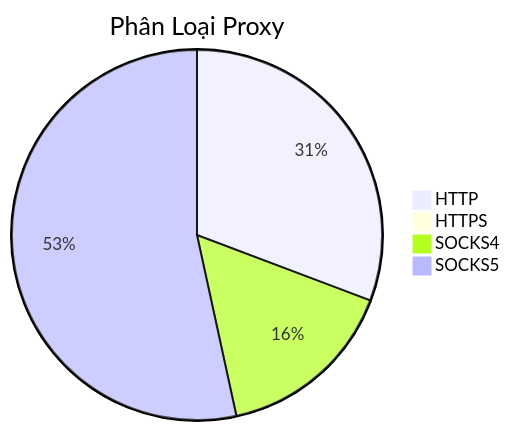
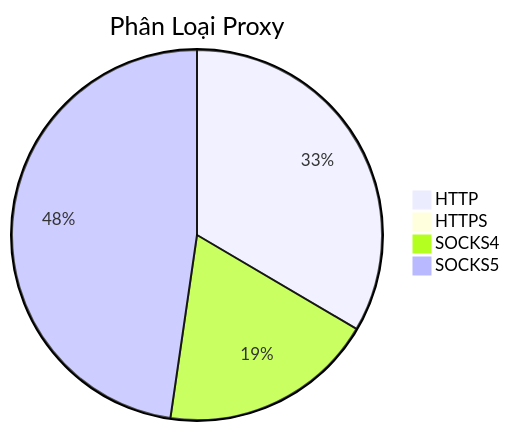
The diagram in README.md (Ciara-12/PROXY-free), drawn with Mermaid before and after one commit. The commit also changed other lines of this file and 4 other files, not shown here.

````diff
--- a/README.md
+++ b/README.md
@@ -26,7 +26,7 @@
 ```mermaid
 pie title Phân Loại Proxy
-    "HTTP" : 792
-    "HTTPS" : 1
-    "SOCKS4" : 408
-    "SOCKS5" : 1376
+    "HTTP" : 750
+    "HTTPS" : 2
+    "SOCKS4" : 422
+    "SOCKS5" : 1069
 ```
````
